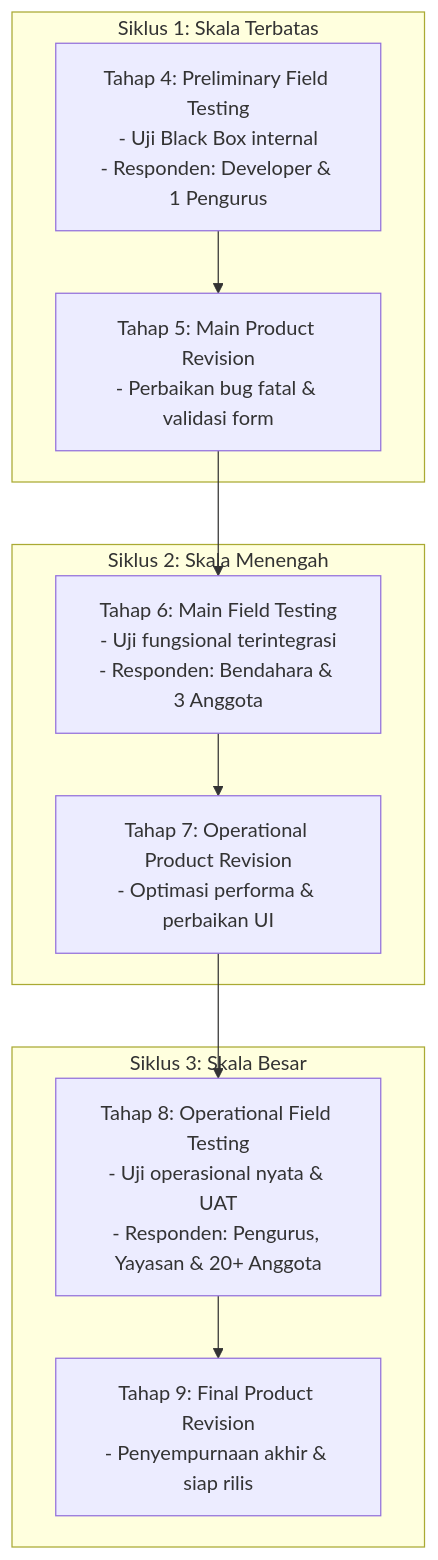
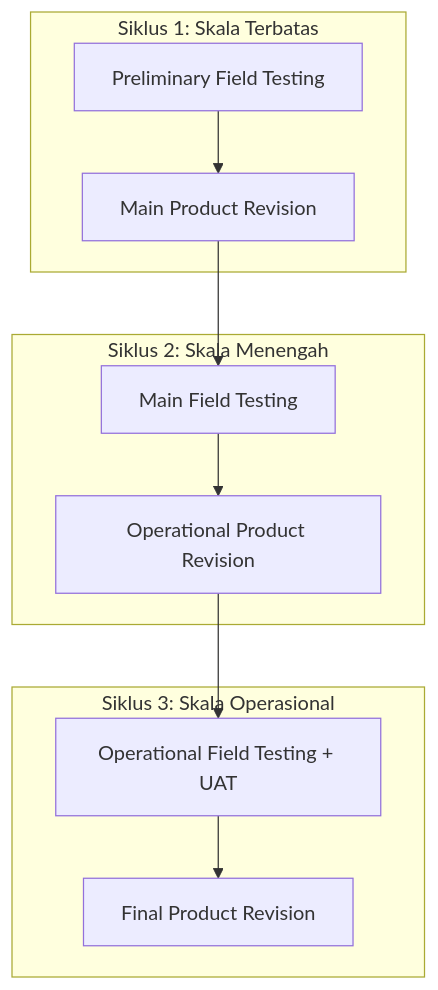
The diagram in BLACK_BOX_UAT_TESTING.md (adrianakbar/karya_tantri_abadi), drawn with Mermaid before and after one commit. The commit also changed other lines of this file and 4 other files, not shown here.

````diff
--- a/BLACK_BOX_UAT_TESTING.md
+++ b/BLACK_BOX_UAT_TESTING.md
@@ -10,17 +9,12 @@
 ```mermaid
 flowchart TD
-    subgraph Siklus 1: Skala Terbatas
-        T4[Tahap 4: Preliminary Field Testing\n- Uji Black Box internal\n- Responden: Developer & 1 Pengurus]
-        --> R5[Tahap 5: Main Product Revision\n- Perbaikan bug fatal & validasi form]
+    subgraph Siklus1[Siklus 1: Skala Terbatas]
+        T4[Preliminary Field Testing] --> R5[Main Product Revision]
     end
-    
-    subgraph Siklus 2: Skala Menengah
-        R5 --> T6[Tahap 6: Main Field Testing\n- Uji fungsional terintegrasi\n- Responden: Bendahara & 3 Anggota]
-        --> R7[Tahap 7: Operational Product Revision\n- Optimasi performa & perbaikan UI]
+    subgraph Siklus2[Siklus 2: Skala Menengah]
+        R5 --> T6[Main Field Testing] --> R7[Operational Product Revision]
     end
-    
-    subgraph Siklus 3: Skala Besar
-        R7 --> T8[Tahap 8: Operational Field Testing\n- Uji operasional nyata & UAT\n- Responden: Pengurus, Yayasan & 20+ Anggota]
-        --> R9[Tahap 9: Final Product Revision\n- Penyempurnaan akhir & siap rilis]
+    subgraph Siklus3[Siklus 3: Skala Operasional]
+        R7 --> T8[Operational Field Testing + UAT] --> R9[Final Product Revision]
     end
 ```
````
